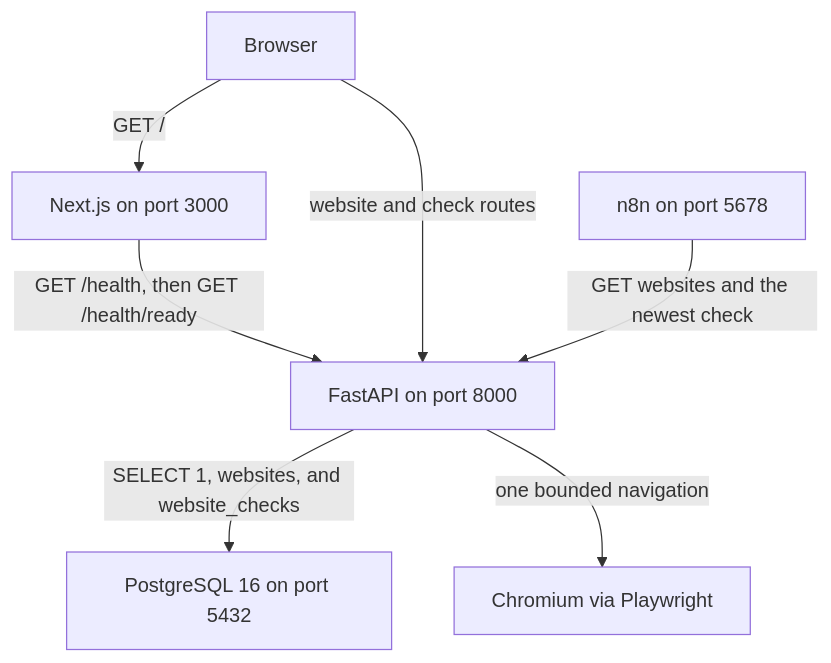
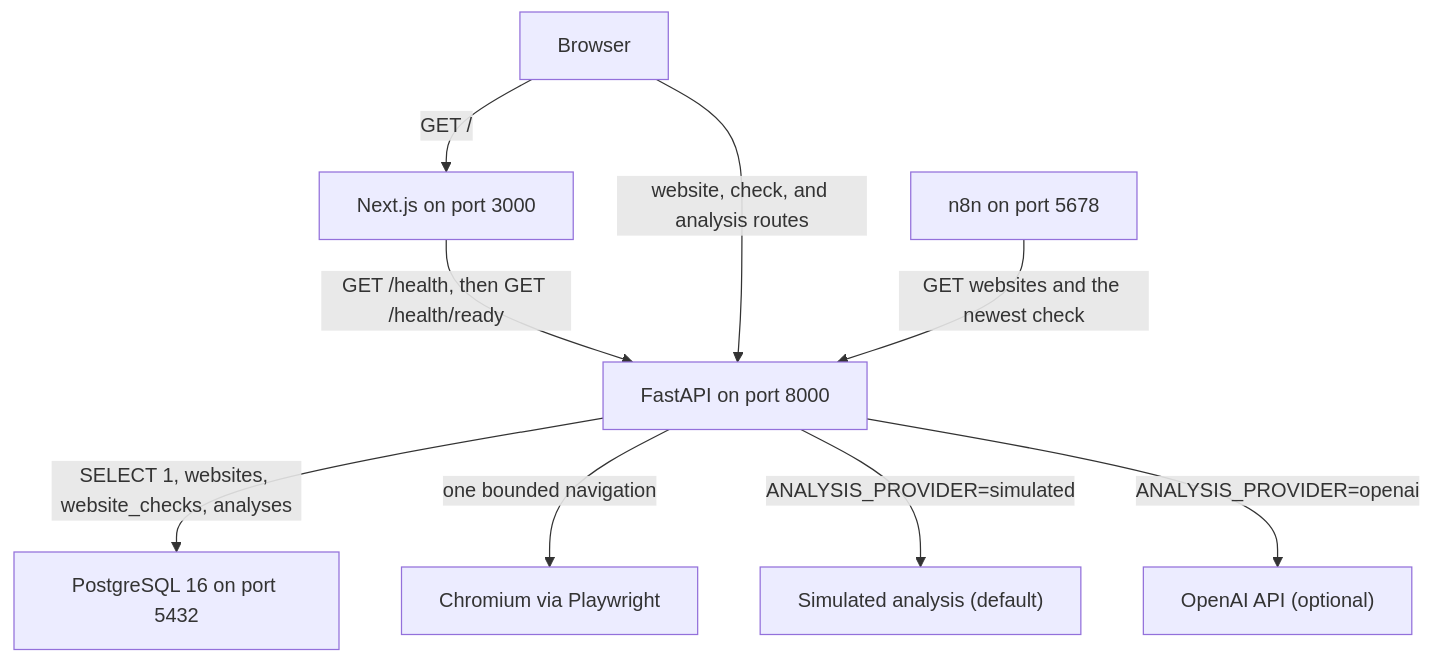
Before and after one commit to onmyownpace/sentinel: the diagram in README.md, drawn with Mermaid. The commit also changed other lines of this file and 175 other files, not shown here.

````diff
--- a/README.md
+++ b/README.md
@@ -30,16 +44,20 @@
 ```mermaid
 flowchart TB
   browser[Browser]
   web["Next.js on port 3000"]
   api["FastAPI on port 8000"]
   chromium["Chromium via Playwright"]
+  sim["Simulated analysis (default)"]
+  openai["OpenAI API (optional)"]
   n8n["n8n on port 5678"]
   db["PostgreSQL 16 on port 5432"]
 
   browser -->|"GET /"| web
   web -->|"GET /health, then GET /health/ready"| api
-  browser -->|"website and check routes"| api
+  browser -->|"website, check, and analysis routes"| api
   n8n -->|"GET websites and the newest check"| api
-  api -->|"SELECT 1, websites, and website_checks"| db
+  api -->|"SELECT 1, websites, website_checks, analyses"| db
   api -->|"one bounded navigation"| chromium
+  api -->|"ANALYSIS_PROVIDER=simulated"| sim
+  api -->|"ANALYSIS_PROVIDER=openai"| openai
 ```
````
